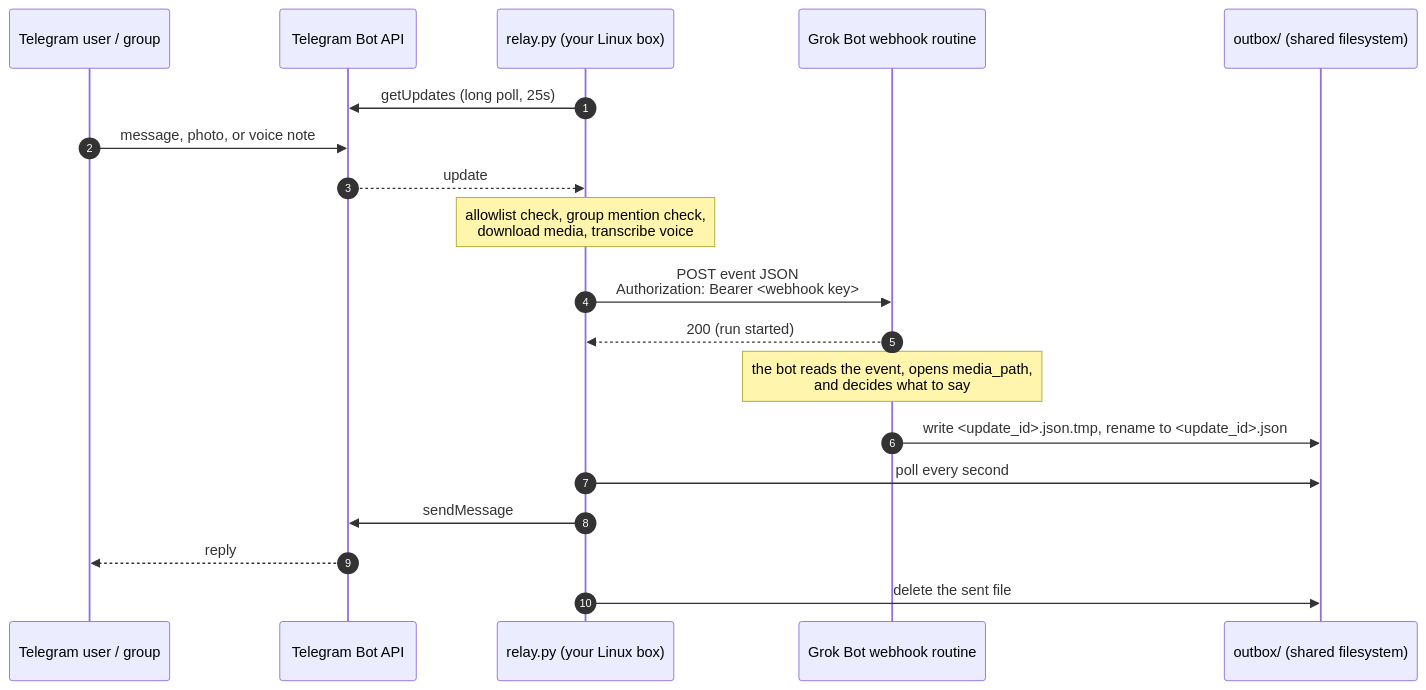
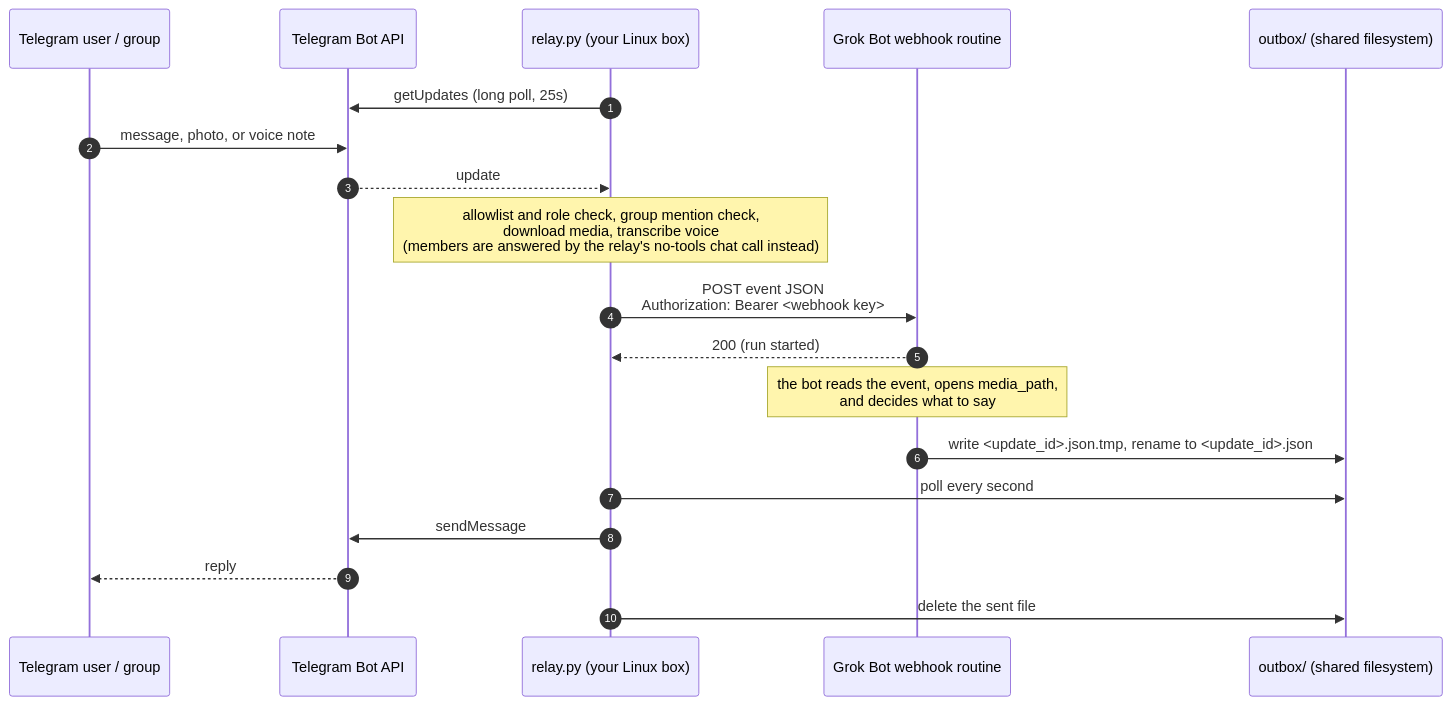
One commit to Ashe-Oro/grokbot-telegram-bridge changed the diagram in docs/SETUP.md. Above: the diagram before and after it, drawn with Mermaid. The commit also changed other lines of this file and 8 other files, not shown here.

````diff
--- a/docs/SETUP.md
+++ b/docs/SETUP.md
@@ -33,22 +33,22 @@
 ```mermaid
 sequenceDiagram
     autonumber
     participant U as Telegram user / group
     participant T as Telegram Bot API
     participant R as relay.py (your Linux box)
     participant G as Grok Bot webhook routine
     participant O as outbox/ (shared filesystem)
 
     R->>T: getUpdates (long poll, 25s)
     U->>T: message, photo, or voice note
     T-->>R: update
-    Note over R: allowlist check, group mention check,<br/>download media, transcribe voice
+    Note over R: allowlist and role check, group mention check,<br/>download media, transcribe voice<br/>(members are answered by the relay's no-tools chat call instead)
     R->>G: POST event JSON<br/>Authorization: Bearer <webhook key>
     G-->>R: 200 (run started)
     Note over G: the bot reads the event, opens media_path,<br/>and decides what to say
     G->>O: write <update_id>.json.tmp, rename to <update_id>.json
     R->>O: poll every second
     R->>T: sendMessage
     T-->>U: reply
     R->>O: delete the sent file
 ```
````
